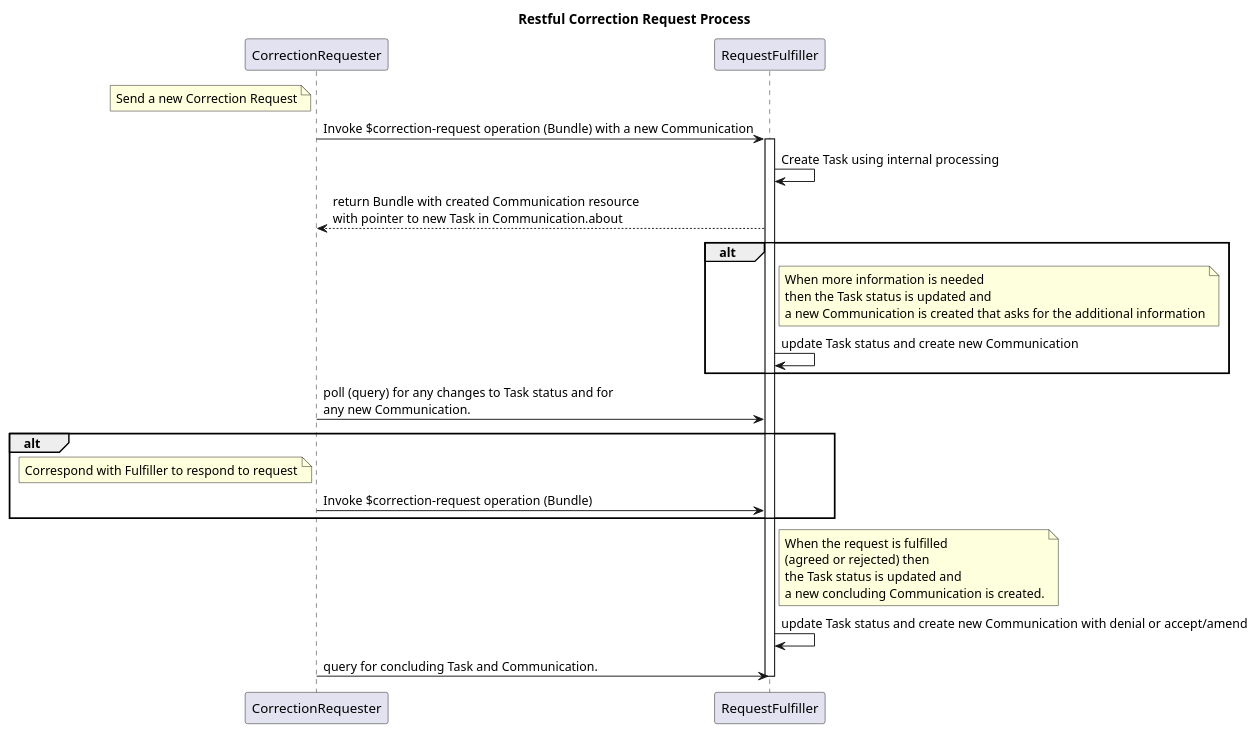
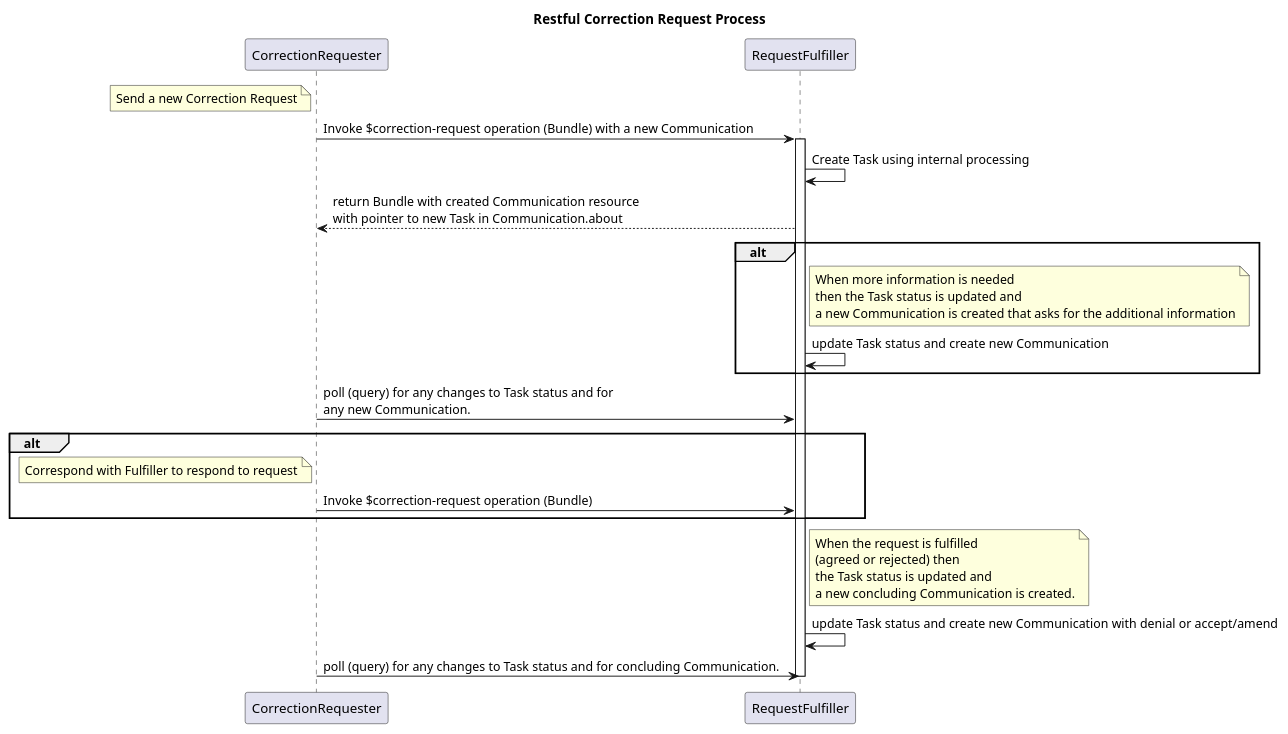
One commit to HL7/fhir-patient-correction changed the diagram in input/images-source/task-comm-request.plantuml. Above: the diagram before and after it, drawn with PlantUML.

Commit message:
update final transaction text

```diff
--- a/input/images-source/task-comm-request.plantuml
+++ b/input/images-source/task-comm-request.plantuml
@@ -1,39 +1,39 @@
 @startuml
 skinparam svgDimensionStyle false
 title Restful Correction Request Process
 
 note left of CorrectionRequester
 Send a new Correction Request
 end note
 CorrectionRequester->RequestFulfiller: Invoke $correction-request operation (Bundle) with a new Communication
 activate RequestFulfiller
 RequestFulfiller->RequestFulfiller: Create Task using internal processing
 RequestFulfiller-->CorrectionRequester: return Bundle with created Communication resource\nwith pointer to new Task in Communication.about
 
 alt
 note right of RequestFulfiller
 When more information is needed
 then the Task status is updated and 
 a new Communication is created that asks for the additional information
 end note
 RequestFulfiller->RequestFulfiller: update Task status and create new Communication
 end
 CorrectionRequester -> RequestFulfiller: poll (query) for any changes to Task status and for\nany new Communication.
 alt
 note left of CorrectionRequester
 Correspond with Fulfiller to respond to request
 end note
 CorrectionRequester->RequestFulfiller: Invoke $correction-request operation (Bundle)
 end
 note right of RequestFulfiller
 When the request is fulfilled
 (agreed or rejected) then 
 the Task status is updated and
 a new concluding Communication is created.
 end note
 RequestFulfiller->RequestFulfiller: update Task status and create new Communication with denial or accept/amend
-CorrectionRequester -> RequestFulfiller: query for concluding Task and Communication.
+CorrectionRequester -> RequestFulfiller: poll (query) for any changes to Task status and for concluding Communication.
 
 
 Deactivate RequestFulfiller
 @enduml
```
